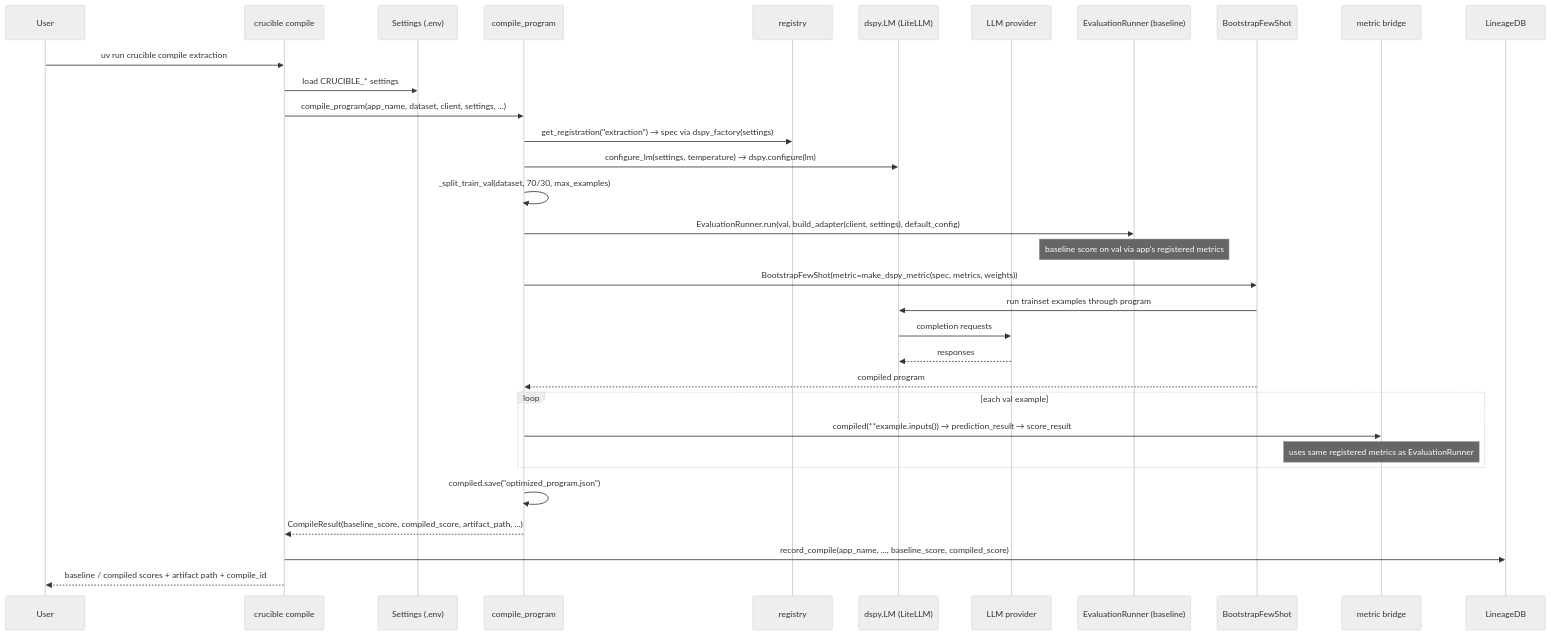
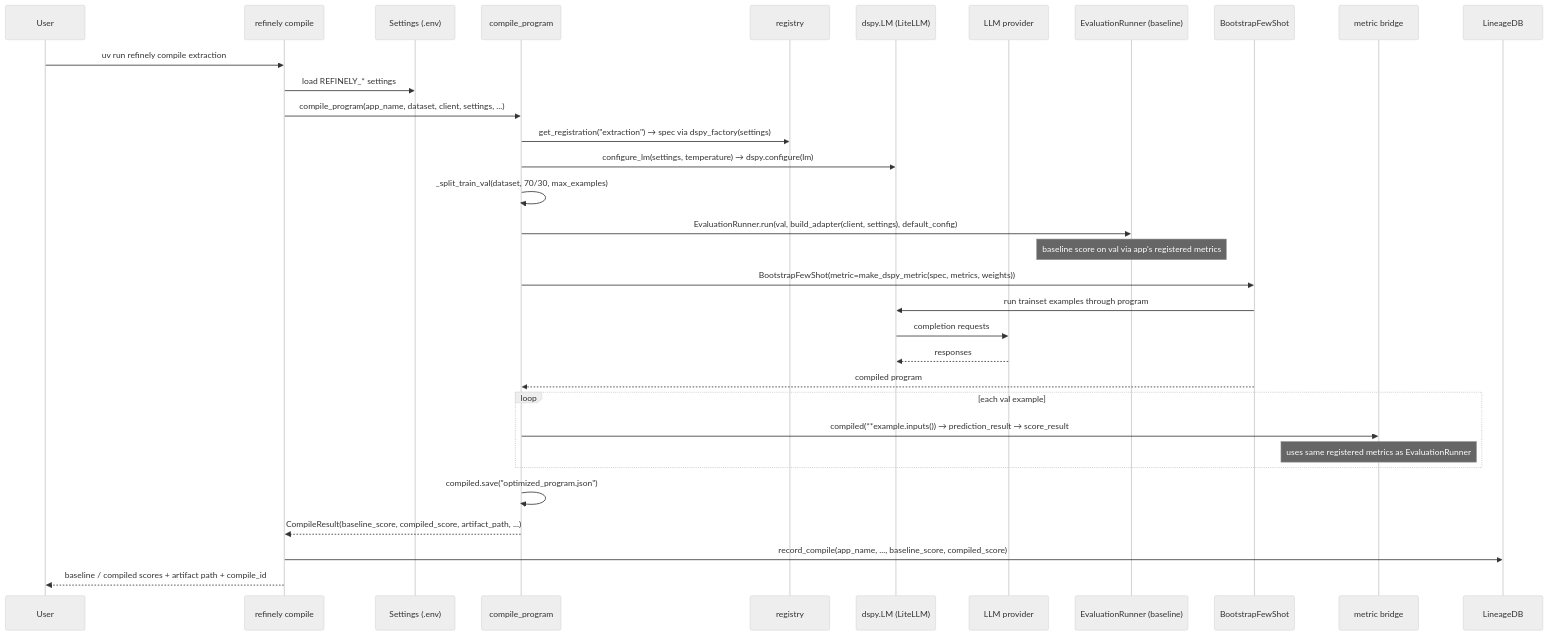
One commit to gamberooni/refinely changed the seventh of 7 diagrams in docs/architecture.md. Above: the diagram before and after it, drawn with Mermaid (neutral theme). The commit also changed other lines of this file and 143 other files, not shown here.

````diff
--- a/docs/architecture.md
+++ b/docs/architecture.md
@@ -242,36 +242,36 @@
 ```mermaid
 sequenceDiagram
     participant U as User
-    participant CLI as crucible compile
+    participant CLI as refinely compile
     participant SET as Settings (.env)
     participant COMP as compile_program
     participant REG as registry
     participant LM as dspy.LM (LiteLLM)
     participant GW as LLM provider
     participant RUN as EvaluationRunner (baseline)
     participant BFS as BootstrapFewShot
     participant BRG as metric bridge
     participant DB as LineageDB
 
-    U->>CLI: uv run crucible compile extraction
-    CLI->>SET: load CRUCIBLE_* settings
+    U->>CLI: uv run refinely compile extraction
+    CLI->>SET: load REFINELY_* settings
     CLI->>COMP: compile_program(app_name, dataset, client, settings, ...)
     COMP->>REG: get_registration("extraction") → spec via dspy_factory(settings)
     COMP->>LM: configure_lm(settings, temperature) → dspy.configure(lm)
     COMP->>COMP: _split_train_val(dataset, 70/30, max_examples)
     COMP->>RUN: EvaluationRunner.run(val, build_adapter(client, settings), default_config)
     Note over RUN: baseline score on val via app's registered metrics
     COMP->>BFS: BootstrapFewShot(metric=make_dspy_metric(spec, metrics, weights))
     BFS->>LM: run trainset examples through program
     LM->>GW: completion requests
     GW-->>LM: responses
     BFS-->>COMP: compiled program
     loop each val example
         COMP->>BRG: compiled(**example.inputs()) → prediction_result → score_result
         Note over BRG: uses same registered metrics as EvaluationRunner
     end
     COMP->>COMP: compiled.save("optimized_program.json")
     COMP-->>CLI: CompileResult(baseline_score, compiled_score, artifact_path, ...)
     CLI->>DB: record_compile(app_name, ..., baseline_score, compiled_score)
     CLI-->>U: baseline / compiled scores + artifact path + compile_id
 ```
````
